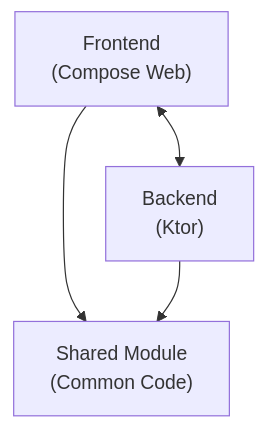
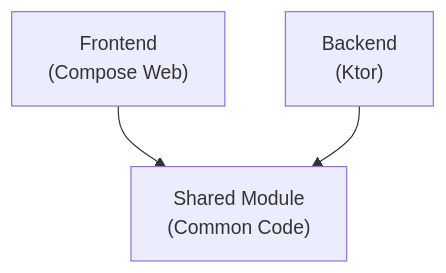
Before and after one commit to bright-room/todo-app: the first of 2 diagrams in .junie/guidelines.md, drawn with Mermaid. The commit also changed other lines of this file and 69 other files, not shown here.

````diff
--- a/.junie/guidelines.md
+++ b/.junie/guidelines.md
@@ -45,11 +54,9 @@
 ```mermaid
 flowchart TD
-
     Frontend["Frontend\n(Compose Web)"]
     Backend["Backend\n(Ktor)"]
     Shared["Shared Module\n(Common Code)"]
 
-    Frontend <--> Backend
     Frontend --> Shared
     Backend --> Shared
 ```
````
